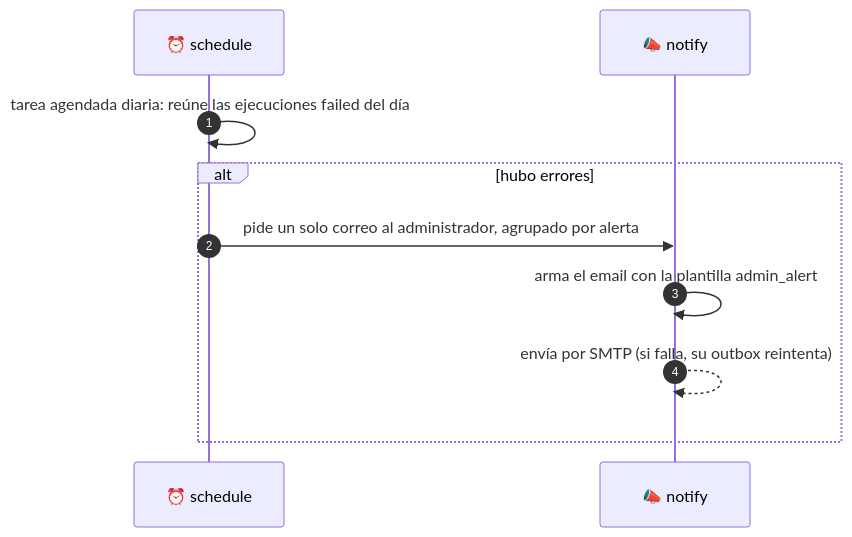
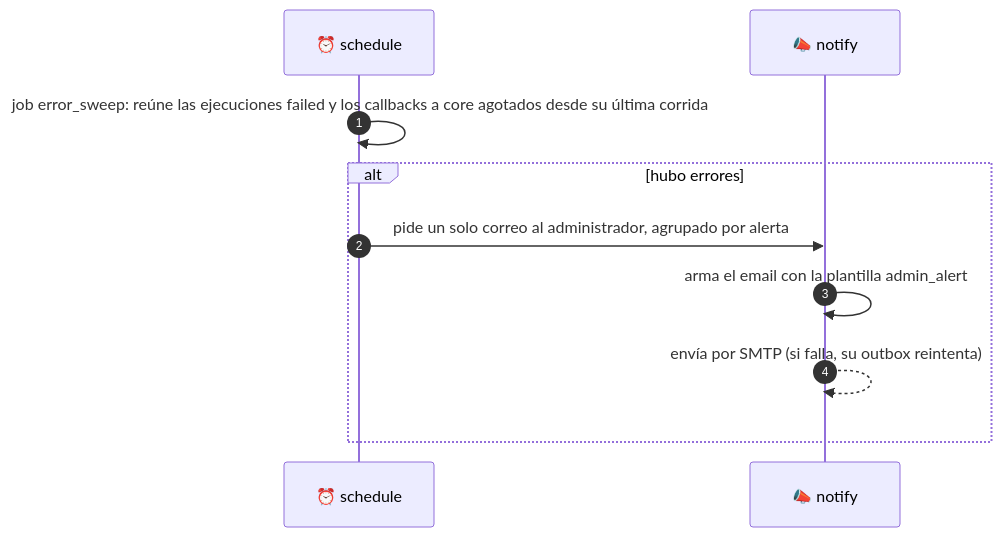
One commit to vida-I-found-it/architecture changed the third of 6 diagrams in _docs/architecture/scraping-flow.md. Above: the diagram before and after it, drawn with Mermaid. The commit also changed other lines of this file and 7 other files, not shown here.

First line of the commit message:
docs(schedule): 🗃️ keep scrape results out of schedule SQL and add the error sweep job

````diff
--- a/_docs/architecture/scraping-flow.md
+++ b/_docs/architecture/scraping-flow.md
@@ -89,13 +89,13 @@
 ```mermaid
 sequenceDiagram
     autonumber
     participant SC as ⏰ schedule
     participant NT as 📣 notify
 
-    SC->>SC: tarea agendada diaria: reúne las ejecuciones failed del día
+    SC->>SC: job error_sweep: reúne las ejecuciones failed y los callbacks a core agotados desde su última corrida
     alt hubo errores
         SC->>NT: pide un solo correo al administrador, agrupado por alerta
         NT->>NT: arma el email con la plantilla admin_alert
         NT-->>NT: envía por SMTP (si falla, su outbox reintenta)
     end
 ```
````
